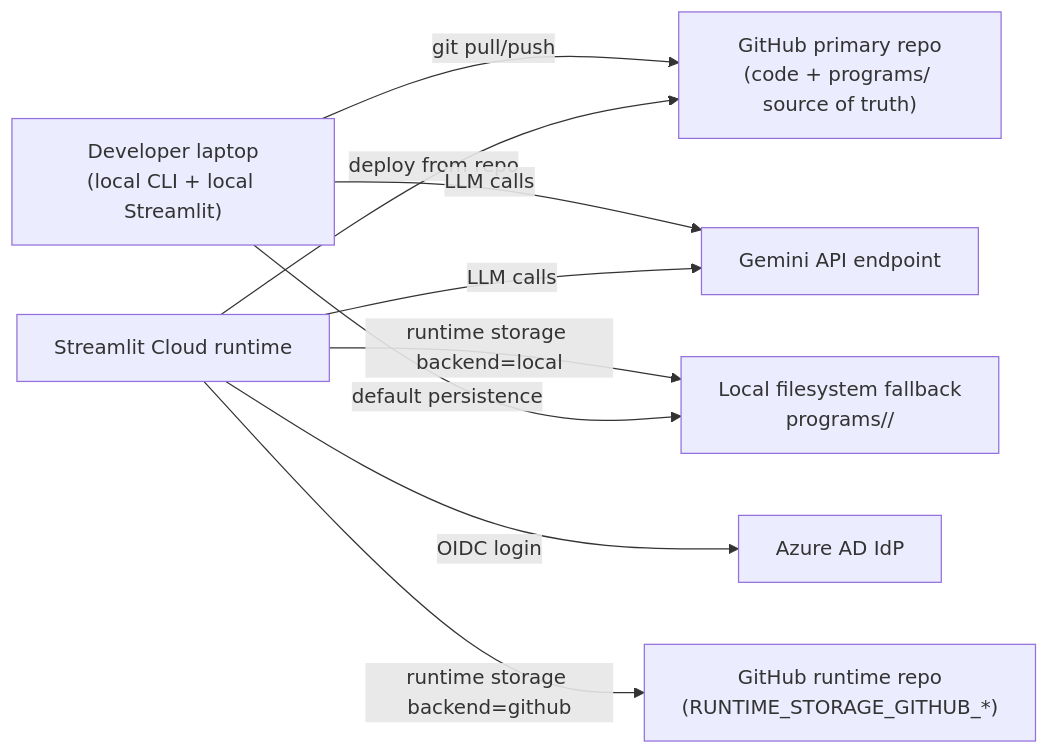
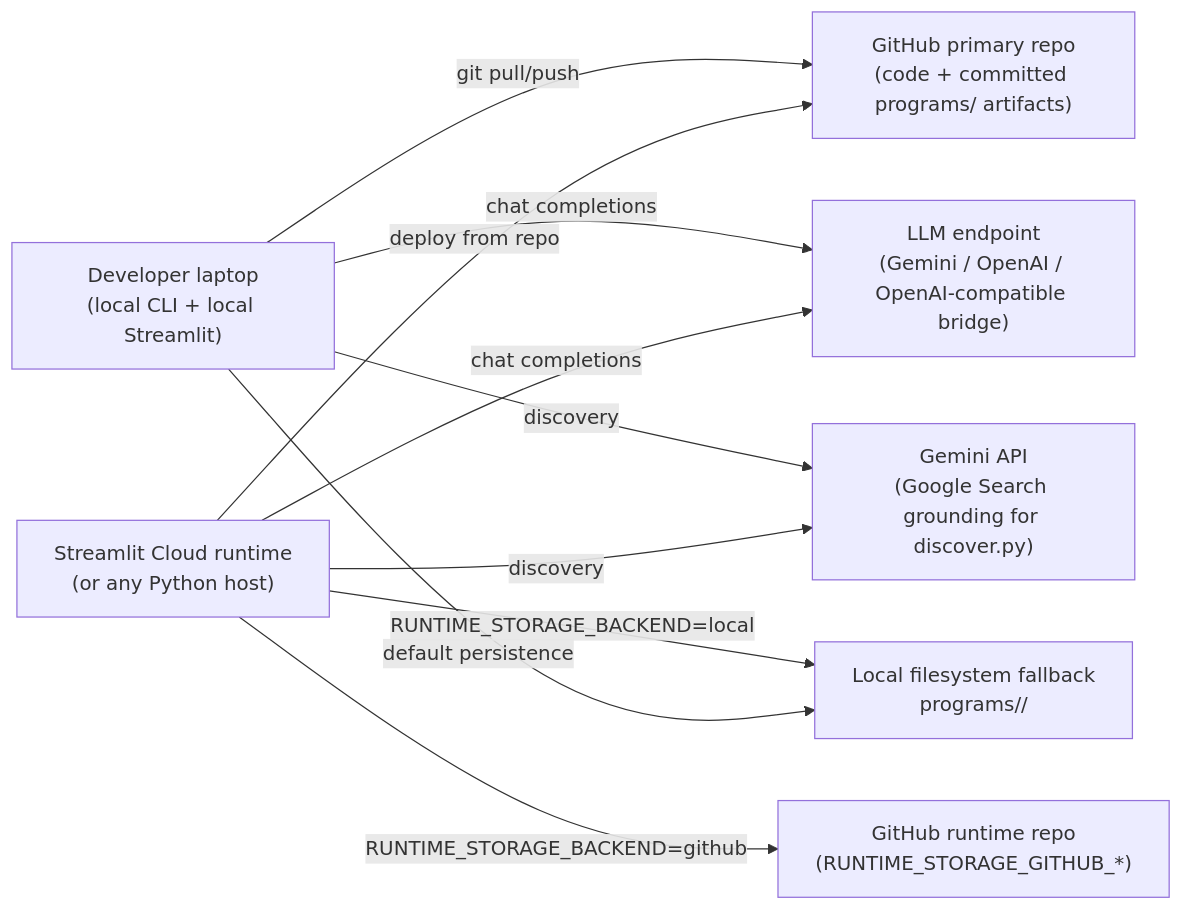
The third of 3 diagrams in docs/ARCHITECTURE.md (National-R-D-Intelligence-Lab-NRDIL/CI-guide-updater), drawn with Mermaid before and after one commit. The commit also changed other lines of this file, not shown here.

````diff
--- a/docs/ARCHITECTURE.md
+++ b/docs/ARCHITECTURE.md
@@ -163,19 +587,20 @@
 ```mermaid
 flowchart LR
   dev["Developer laptop\n(local CLI + local Streamlit)"]
-  cloud["Streamlit Cloud runtime"]
-  gemini["Gemini API endpoint"]
-  ghMain["GitHub primary repo\n(code + programs/ source of truth)"]
+  cloud["Streamlit Cloud runtime\n(or any Python host)"]
+  llm["LLM endpoint\n(Gemini / OpenAI / OpenAI-compatible bridge)"]
+  search["Gemini API\n(Google Search grounding for discover.py)"]
+  ghMain["GitHub primary repo\n(code + committed programs/ artifacts)"]
   ghRuntime["GitHub runtime repo\n(RUNTIME_STORAGE_GITHUB_*)"]
   localFs["Local filesystem fallback\nprograms/<slug>/"]
-  aad["Azure AD IdP"]
 
   dev -->|"git pull/push"| ghMain
   cloud -->|"deploy from repo"| ghMain
-  dev -->|"LLM calls"| gemini
-  cloud -->|"LLM calls"| gemini
-  cloud -->|"OIDC login"| aad
-  cloud -->|"runtime storage backend=github"| ghRuntime
-  cloud -->|"runtime storage backend=local"| localFs
+  dev -->|"chat completions"| llm
+  cloud -->|"chat completions"| llm
+  dev -->|"discovery"| search
+  cloud -->|"discovery"| search
+  cloud -->|"RUNTIME_STORAGE_BACKEND=github"| ghRuntime
+  cloud -->|"RUNTIME_STORAGE_BACKEND=local"| localFs
   dev -->|"default persistence"| localFs
 ```
````
